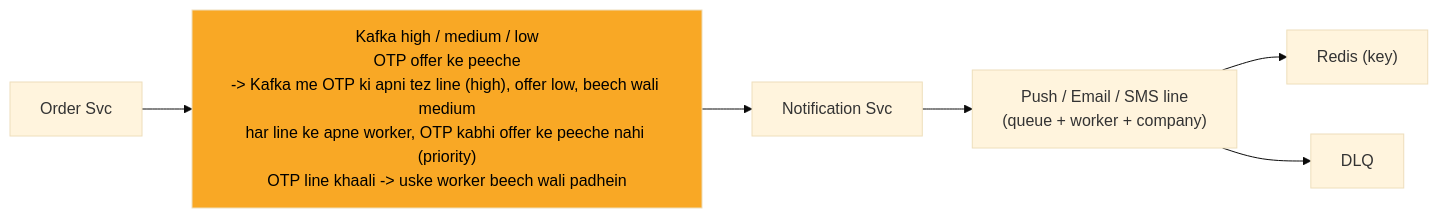
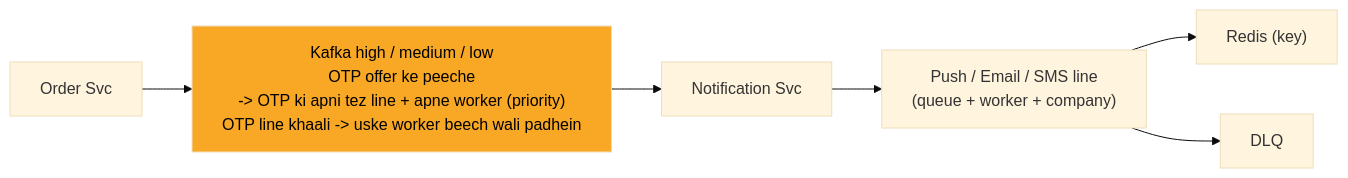
Before and after one commit to ArpanMaheshwari144/Prep: the diagram in 04_HLD/SYSTEM_DESIGNS/04_notification_system/img/c7.mmd, drawn with Mermaid (base theme). The commit also changed 47 other files, not shown here.

```diff
--- a/04_HLD/SYSTEM_DESIGNS/04_notification_system/img/c7.mmd
+++ b/04_HLD/SYSTEM_DESIGNS/04_notification_system/img/c7.mmd
@@ -1,14 +1,14 @@
 %%{init: {"flowchart": {"wrappingWidth": 450}}}%%
 flowchart LR
     n_Order_Svc["Order Svc"]
-    n_Kafka["Kafka high / medium / low<br/>OTP offer ke peeche<br/>-> Kafka me OTP ki apni tez line (high), offer low, beech wali medium<br/>har line ke apne worker, OTP kabhi offer ke peeche nahi (priority)<br/>OTP line khaali -> uske worker beech wali padhein"]
+    n_Kafka["Kafka high / medium / low<br/>OTP offer ke peeche<br/>-> OTP ki apni tez line + apne worker (priority)<br/>OTP line khaali -> uske worker beech wali padhein"]
     n_Notification_Svc["Notification Svc"]
     n_LINES["Push / Email / SMS line<br/>(queue + worker + company)"]
     n_Redis["Redis (key)"]
     n_DLQ["DLQ"]
     n_Order_Svc --> n_Kafka
     n_Kafka --> n_Notification_Svc
     n_Notification_Svc --> n_LINES
     n_LINES --> n_Redis
     n_LINES --> n_DLQ
     style n_Kafka fill:#f9a825,color:#000
```
